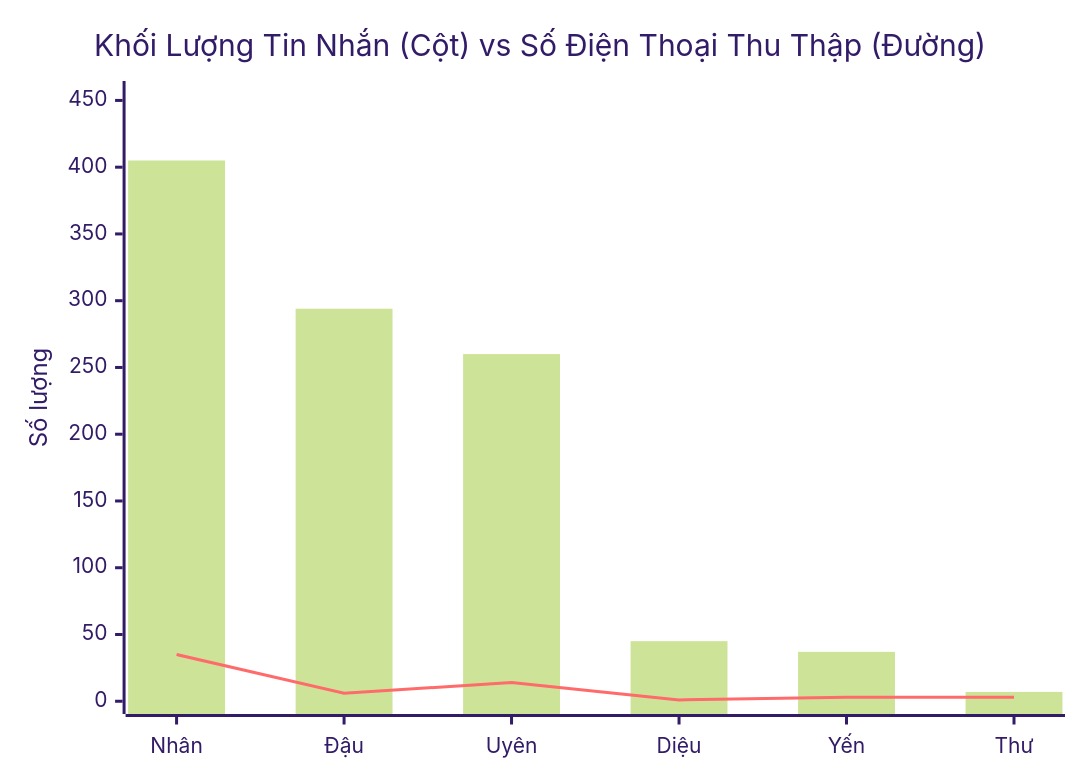
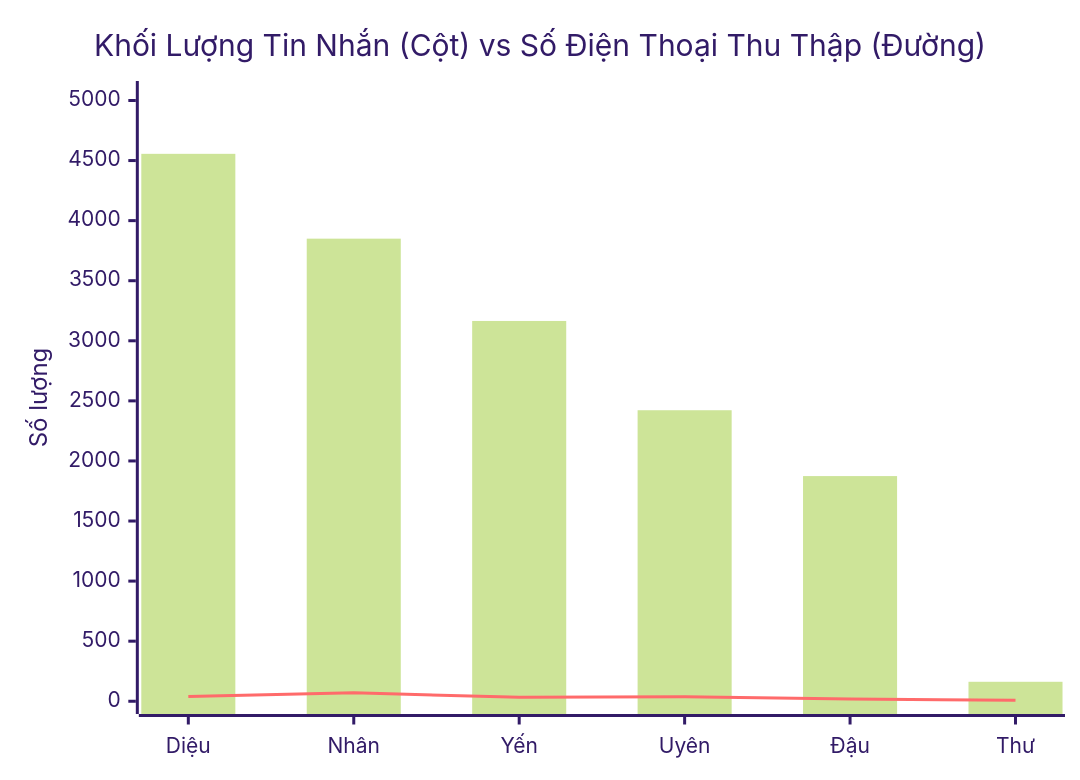
Before and after one commit to dai-duong-1992/nerci-wiki: the third of 8 diagrams in content/Pancake-Audit/2026-08-25-NERCI-Pancake-Omnichannel-Performance-Report.md, drawn with Mermaid (forest theme). The commit also changed other lines of this file and 2 other files, not shown here.

````diff
--- a/content/Pancake-Audit/2026-08-25-NERCI-Pancake-Omnichannel-Performance-Report.md
+++ b/content/Pancake-Audit/2026-08-25-NERCI-Pancake-Omnichannel-Performance-Report.md
@@ -77,8 +84,8 @@
 ```mermaid
 xychart-beta
     title "Khối Lượng Tin Nhắn (Cột) vs Số Điện Thoại Thu Thập (Đường)"
-    x-axis ["Nhân", "Đậu", "Uyên", "Diệu", "Yến", "Thư"]
-    y-axis "Số lượng" 0 --> 455
-    bar [405, 294, 260, 45, 37, 7]
-    line [35, 6, 14, 1, 3, 3]
+    x-axis ["Diệu", "Nhân", "Yến", "Uyên", "Đậu", "Thư"]
+    y-axis "Số lượng" 0 --> 5056
+    bar [4556, 3850, 3165, 2422, 1874, 162]
+    line [40, 70, 33, 38, 18, 8]
 ```
````
